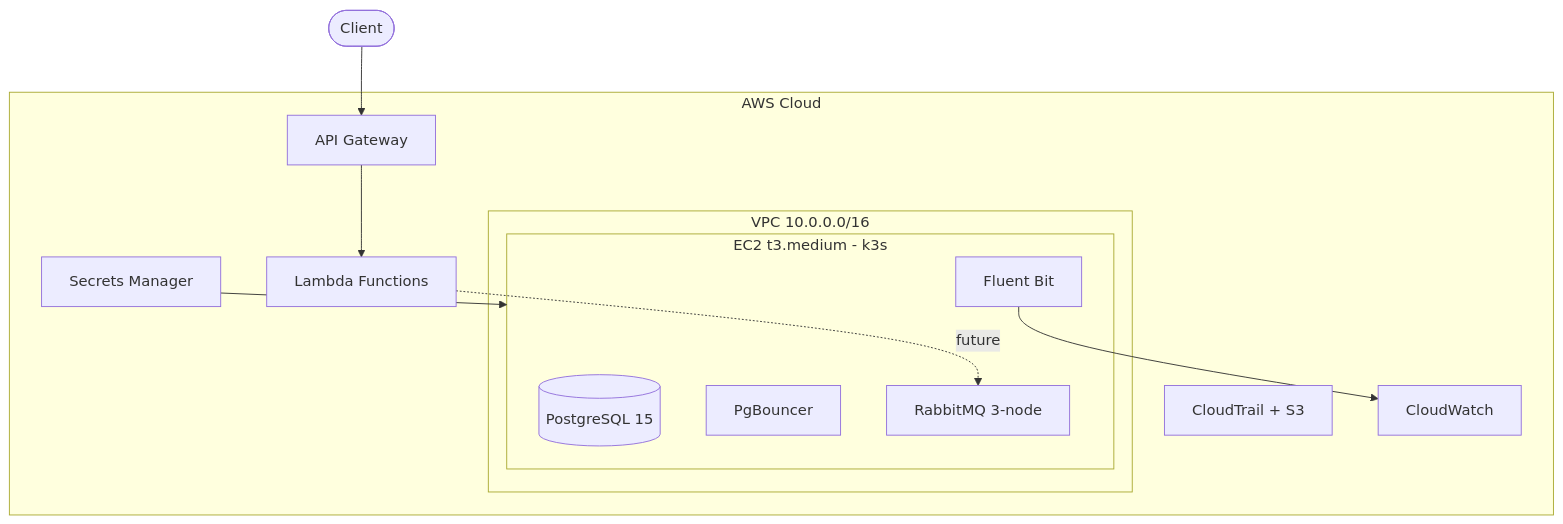
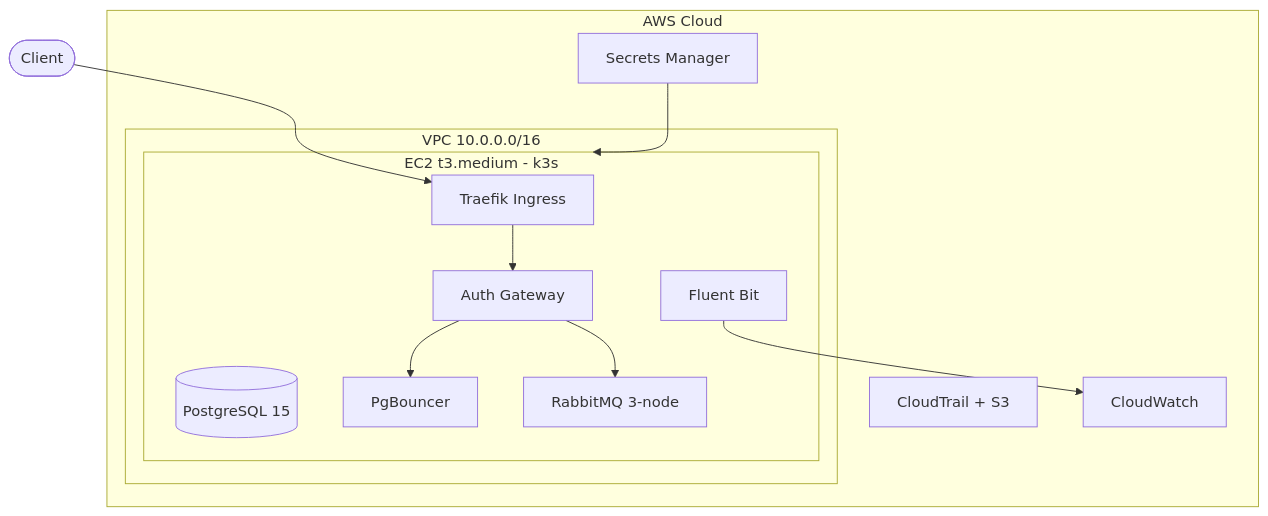
The third of 3 diagrams in docs/LEARNING_PLAN.md (categorytechus/MultiTenantSaas), drawn with Mermaid before and after one commit. The commit also changed other lines of this file and 69 other files, not shown here.

````diff
--- a/docs/LEARNING_PLAN.md
+++ b/docs/LEARNING_PLAN.md
@@ -192,21 +170,24 @@
 ```mermaid
 flowchart TB
     subgraph aws [AWS Cloud]
-        APIGW[API Gateway] --> Lambdas[Lambda Functions]
         SM[Secrets Manager]
         CT[CloudTrail + S3]
         CW[CloudWatch]
         subgraph vpc [VPC 10.0.0.0/16]
             subgraph ec2 [EC2 t3.medium - k3s]
+                Traefik[Traefik Ingress]
+                AuthGW[Auth Gateway]
                 PG[(PostgreSQL 15)]
                 PGB[PgBouncer]
                 RMQ[RabbitMQ 3-node]
                 FB[Fluent Bit]
+                Traefik --> AuthGW
+                AuthGW --> PGB
+                AuthGW --> RMQ
             end
         end
-        Lambdas -.->|"future"| RMQ
         FB --> CW
         SM --> ec2
     end
-    Client([Client]) --> APIGW
+    Client([Client]) --> Traefik
 ```
````
